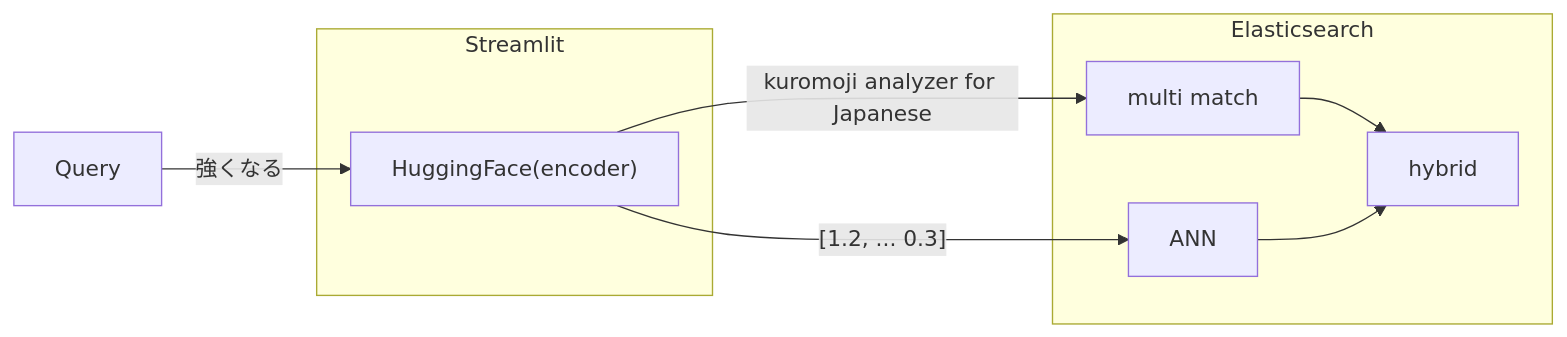
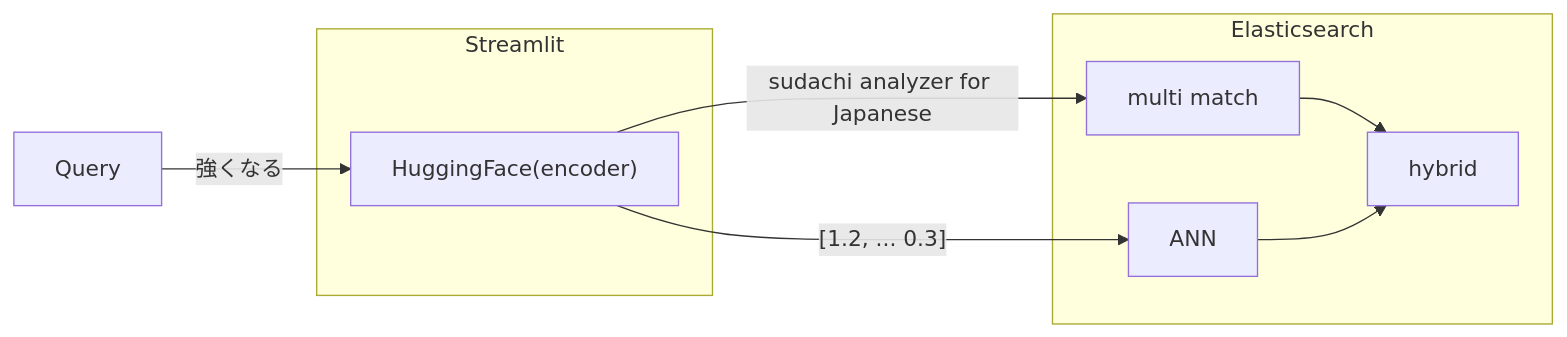
One commit to morioka/doraemon-himitsu-dogu-search changed the second of 2 diagrams in README.md. Above: the diagram before and after it, drawn with Mermaid. The commit also changed other lines of this file, not shown here.

````diff
--- a/README.md
+++ b/README.md
@@ -33,15 +33,15 @@
 ```mermaid
 graph LR;
 Query-->|強くなる|B["HuggingFace(encoder)"]
 subgraph Streamlit
     B
 end
 subgraph Elasticsearch
     A[multi match]
     ANN
     A-->hybrid
     ANN-->hybrid
 end
 B-->|"[1.2, ... 0.3]"|ANN
-B-->|"kuromoji analyzer for Japanese"|A
+B-->|"sudachi analyzer for Japanese"|A
 ```
````
